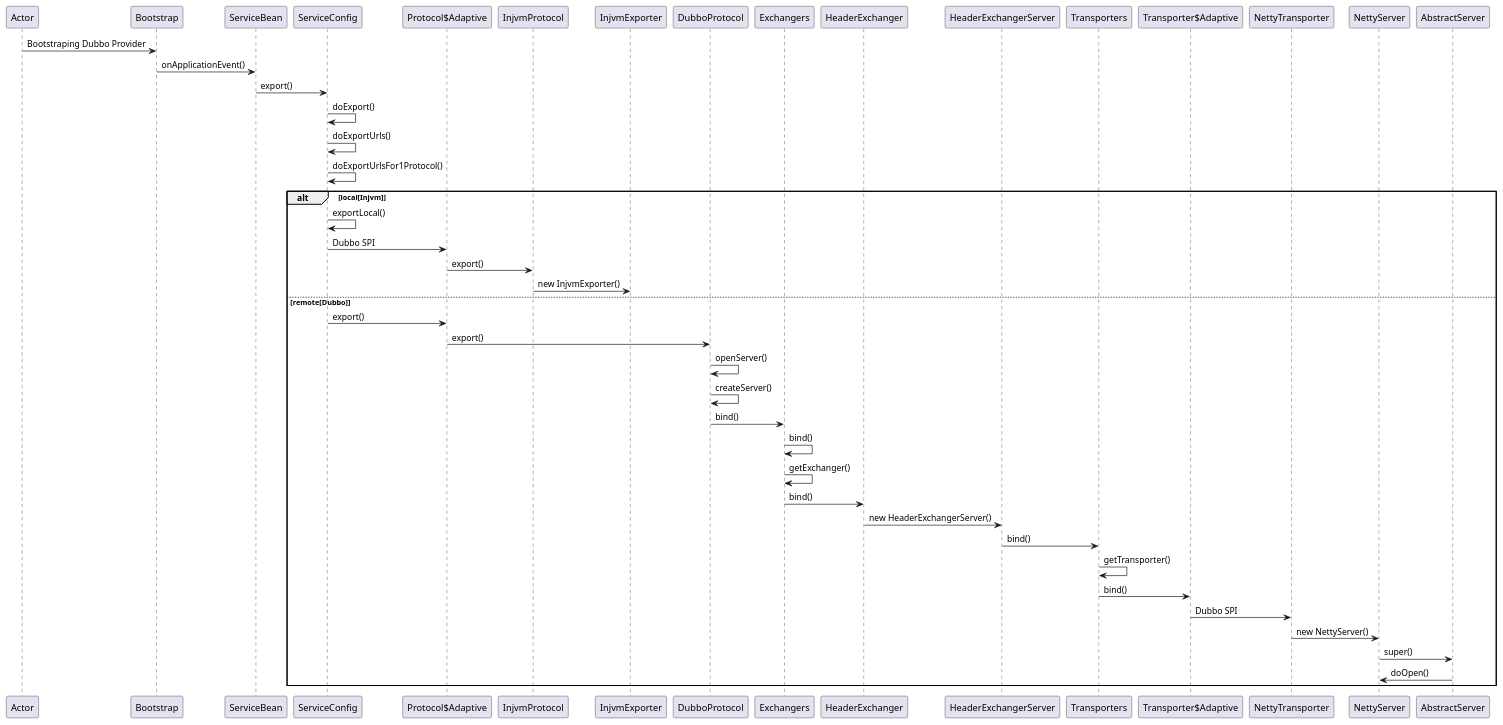
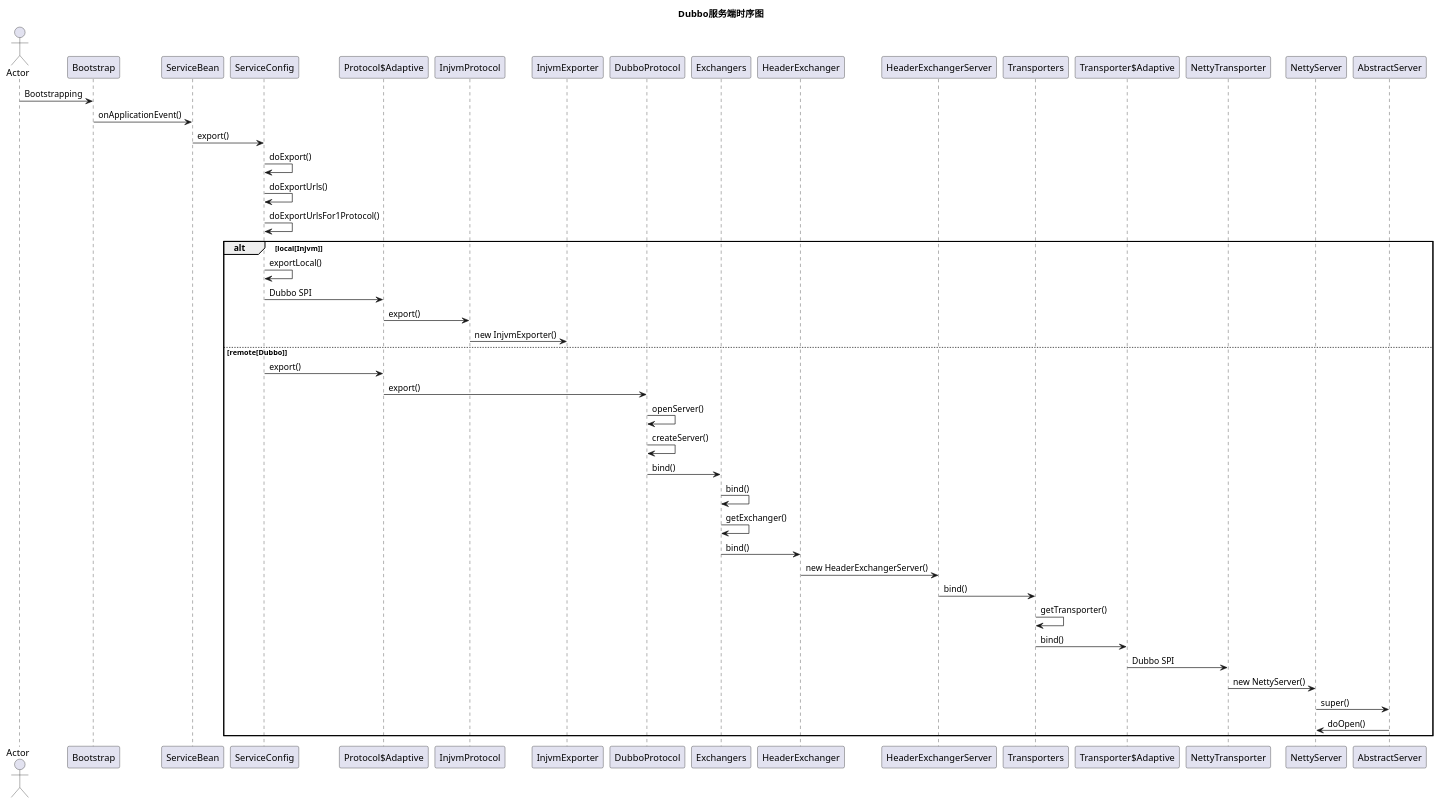
The diagram in dubbo/sequence-uml/dubbo-provider.puml (shuaijunlan/Spring-Learning), drawn with PlantUML before and after one commit.

```diff
--- a/dubbo/sequence-uml/dubbo-provider.puml
+++ b/dubbo/sequence-uml/dubbo-provider.puml
@@ -1,31 +1,33 @@
 @startuml
-Actor -> Bootstrap: Bootstraping Dubbo Provider
+title Dubbo服务端时序图
+Actor Actor
+Actor -> Bootstrap: Bootstrapping
 Bootstrap -> ServiceBean: onApplicationEvent()
 ServiceBean -> ServiceConfig: export()
 ServiceConfig -> ServiceConfig: doExport()
 ServiceConfig -> ServiceConfig: doExportUrls()
 ServiceConfig -> ServiceConfig: doExportUrlsFor1Protocol()
 alt local[Injvm]
 ServiceConfig -> ServiceConfig: exportLocal()
 ServiceConfig -> "Protocol$Adaptive": Dubbo SPI
 "Protocol$Adaptive" -> InjvmProtocol: export()
 InjvmProtocol -> InjvmExporter: new InjvmExporter()
 else remote[Dubbo]
 ServiceConfig -> "Protocol$Adaptive": export()
 "Protocol$Adaptive" -> DubboProtocol: export()
 DubboProtocol -> DubboProtocol: openServer()
 DubboProtocol -> DubboProtocol: createServer()
 DubboProtocol -> Exchangers: bind()
 Exchangers -> Exchangers: bind()
 Exchangers -> Exchangers: getExchanger()
 Exchangers -> HeaderExchanger: bind()
 HeaderExchanger -> HeaderExchangerServer: new HeaderExchangerServer()
 HeaderExchangerServer -> Transporters: bind()
 Transporters -> Transporters: getTransporter()
 Transporters -> "Transporter$Adaptive": bind()
 "Transporter$Adaptive" -> NettyTransporter: Dubbo SPI
 NettyTransporter -> NettyServer: new NettyServer()
 NettyServer -> AbstractServer: super()
 AbstractServer -> NettyServer: doOpen()
 end
 @enduml
```
